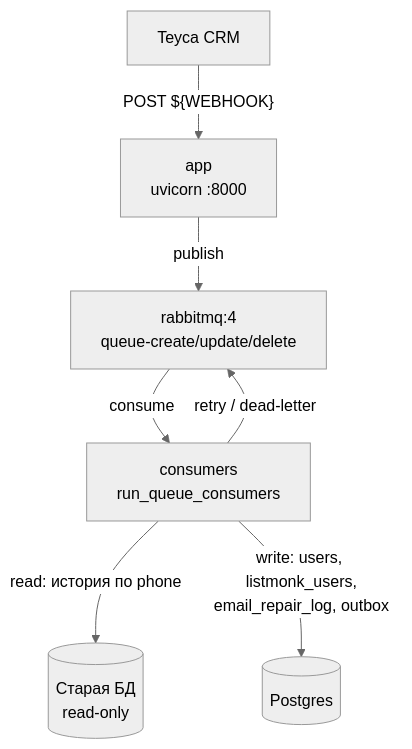
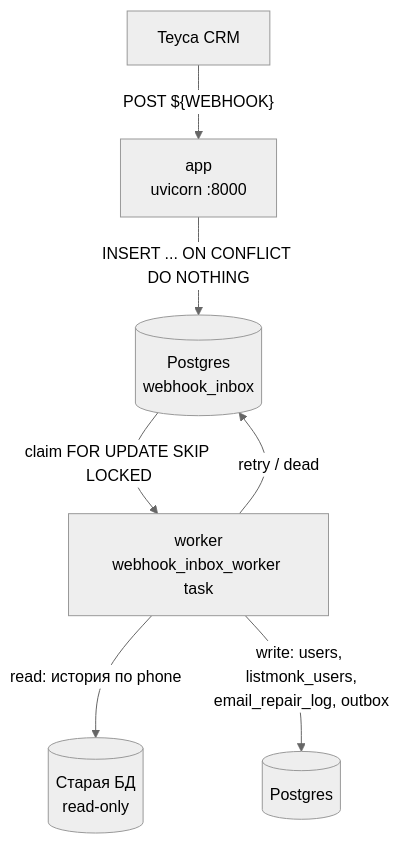
Before and after one commit to Nikita-Silent/teyca-sync: the first of 11 diagrams in docs/current-runtime-flow.md, drawn with Mermaid (neutral theme). The commit also changed other lines of this file and 11 other files, not shown here.

````diff
--- a/docs/current-runtime-flow.md
+++ b/docs/current-runtime-flow.md
@@ -61,9 +65,9 @@
 ```mermaid
 flowchart TB
     CRM["Teyca CRM"] -->|"POST ${WEBHOOK}"| APP["app<br/>uvicorn :8000"]
-    APP -->|"publish"| RMQ["rabbitmq:4<br/>queue-create/update/delete"]
-    RMQ -->|"consume"| CONS["consumers<br/>run_queue_consumers"]
-    CONS -->|"retry / dead-letter"| RMQ
-    CONS -->|"read: история по phone"| ODB[("Старая БД<br/>read-only")]
-    CONS -->|"write: users, listmonk_users,<br/>email_repair_log, outbox"| PG[("Postgres")]
+    APP -->|"INSERT ... ON CONFLICT DO NOTHING"| INBOX[("Postgres<br/>webhook_inbox")]
+    INBOX -->|"claim FOR UPDATE SKIP LOCKED"| WRK["worker<br/>webhook_inbox_worker task"]
+    WRK -->|"retry / dead"| INBOX
+    WRK -->|"read: история по phone"| ODB[("Старая БД<br/>read-only")]
+    WRK -->|"write: users, listmonk_users,<br/>email_repair_log, outbox"| PG[("Postgres")]
 ```
````
